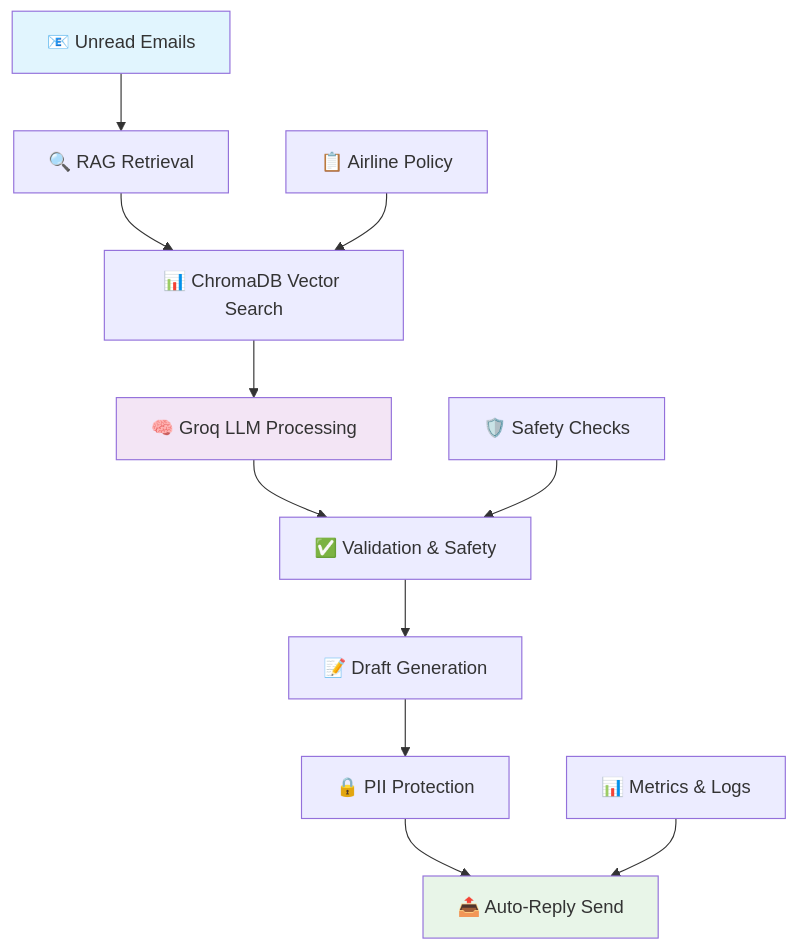
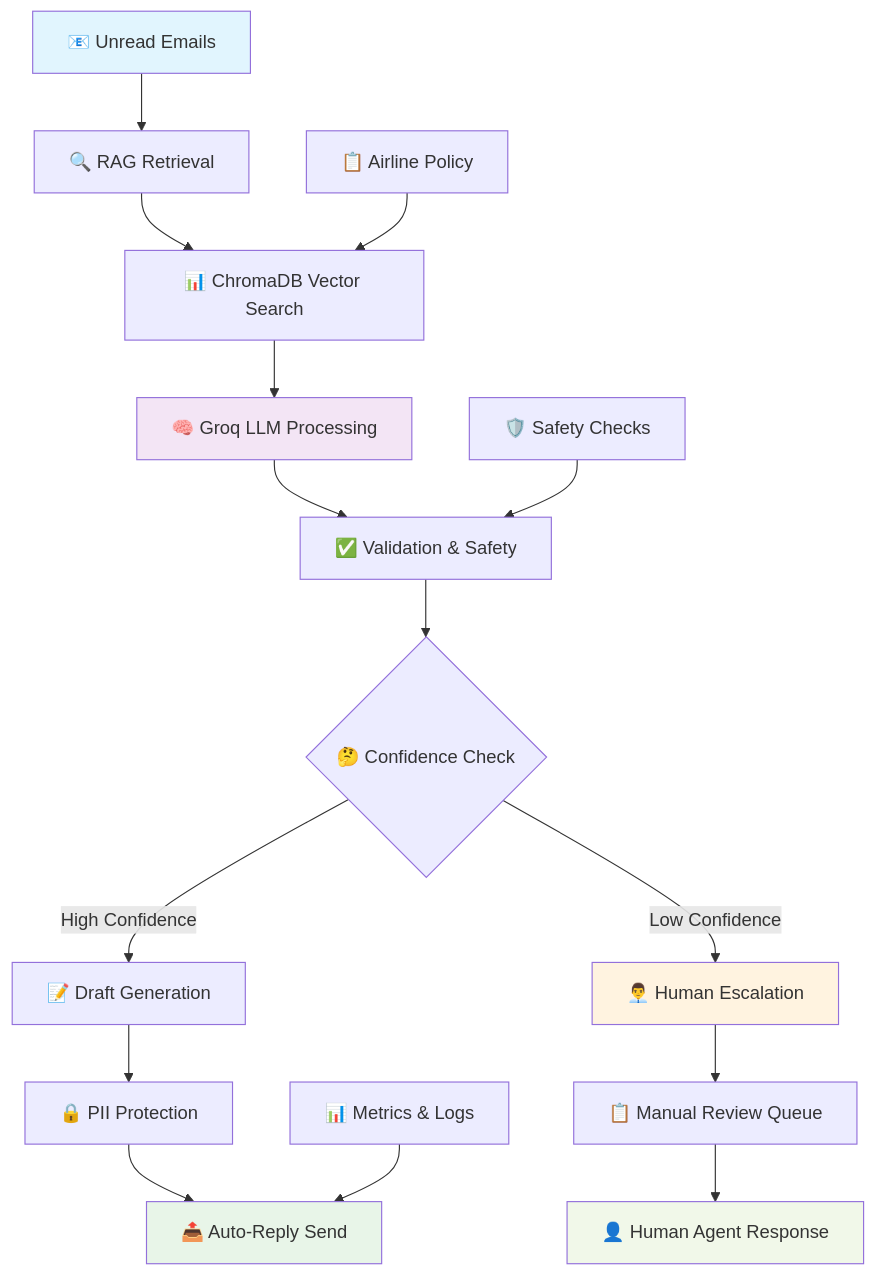
Before and after one commit to AIstar007/GEN-AI-Assignment-3.-Group-: the first of 2 diagrams in README.md, drawn with Mermaid. The commit also changed other lines of this file, not shown here.

````diff
--- a/README.md
+++ b/README.md
@@ -32,18 +32,24 @@
 ```mermaid
 graph TD
     A[📧 Unread Emails] --> B[🔍 RAG Retrieval]
     B --> C[📊 ChromaDB Vector Search]
     C --> D[🧠 Groq LLM Processing]
     D --> E[✅ Validation & Safety]
-    E --> F[📝 Draft Generation]
-    F --> G[🔒 PII Protection]
-    G --> H[📤 Auto-Reply Send]
+    E --> F{🤔 Confidence Check}
+    F -->|High Confidence| G[📝 Draft Generation]
+    F -->|Low Confidence| L[👨‍💼 Human Escalation]
+    G --> H[🔒 PII Protection]
+    H --> I[📤 Auto-Reply Send]
     
-    I[📋 Airline Policy] --> C
-    J[🛡️ Safety Checks] --> E
-    K[📊 Metrics & Logs] --> H
+    J[📋 Airline Policy] --> C
+    K[🛡️ Safety Checks] --> E
+    M[📊 Metrics & Logs] --> I
+    L --> N[📋 Manual Review Queue]
+    N --> O[👤 Human Agent Response]
     
     style A fill:#e1f5fe
     style D fill:#f3e5f5
-    style H fill:#e8f5e8
+    style I fill:#e8f5e8
+    style L fill:#fff3e0
+    style O fill:#f1f8e9
 ```
````
